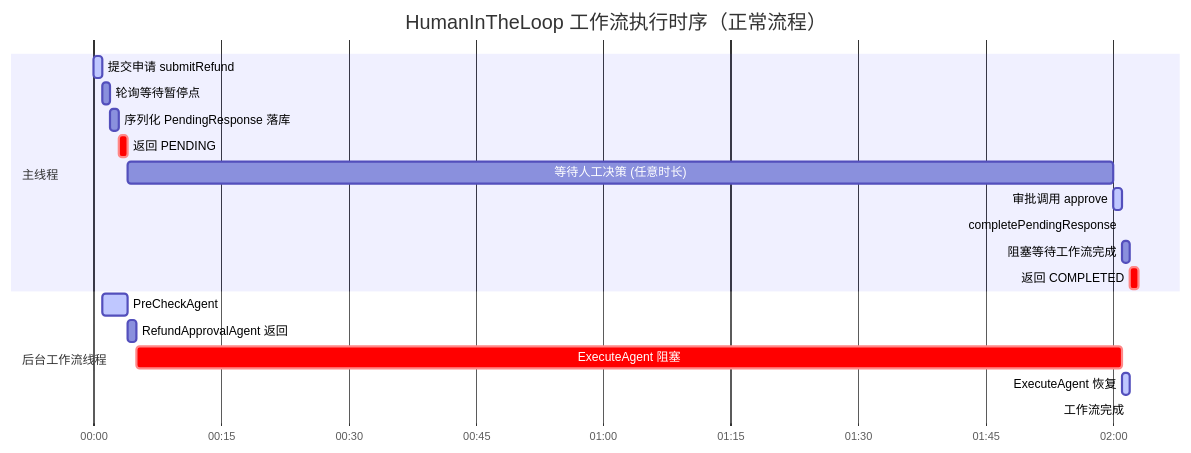
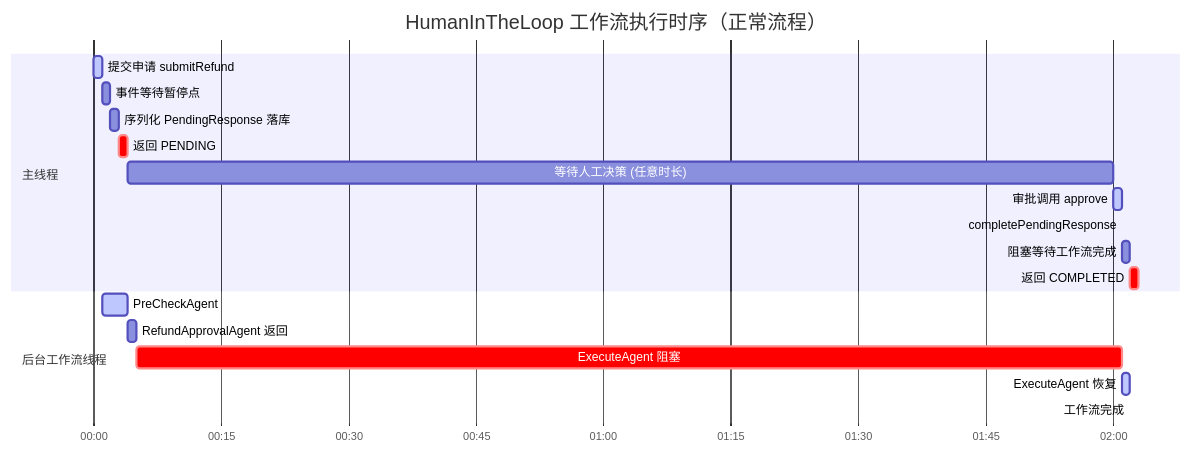
One commit to stickgoal/trainning changed diagram 12 of 13 in ai/langchain4j-agentic/agent-orchestration-tutorial.md. Above: the diagram before and after it, drawn with Mermaid. The commit also changed other lines of this file and 1 other file, not shown here.

````diff
--- a/ai/langchain4j-agentic/agent-orchestration-tutorial.md
+++ b/ai/langchain4j-agentic/agent-orchestration-tutorial.md
@@ -1218,24 +1243,24 @@
 ```mermaid
 gantt
     title HumanInTheLoop 工作流执行时序（正常流程）
     dateFormat HH:mm:ss
     axisFormat %M:%S
 
     section 主线程
     提交申请 submitRefund       :active, t1, 00:00:00, 00:00:01
-    轮询等待暂停点              :t2, 00:00:01, 00:00:02
+    事件等待暂停点              :t2, 00:00:01, 00:00:02
     序列化 PendingResponse 落库 :t3, 00:00:02, 00:00:03
     返回 PENDING                :crit, t4, 00:00:03, 00:00:04
     等待人工决策 (任意时长)     :t5, 00:00:04, 00:02:00
     审批调用 approve            :active, t6, 00:02:00, 00:02:01
     completePendingResponse     :t7, 00:02:01, 00:02:01
     阻塞等待工作流完成          :t8, 00:02:01, 00:02:02
     返回 COMPLETED              :crit, t9, 00:02:02, 00:02:03
 
     section 后台工作流线程
     PreCheckAgent               :active, w1, 00:00:01, 00:00:04
     RefundApprovalAgent 返回    :w2, 00:00:04, 00:00:05
     ExecuteAgent 阻塞           :crit, w3, 00:00:05, 00:02:01
     ExecuteAgent 恢复           :active, w4, 00:02:01, 00:02:02
     工作流完成                  :done, w5, 00:02:02, 00:02:02
 ```
````
